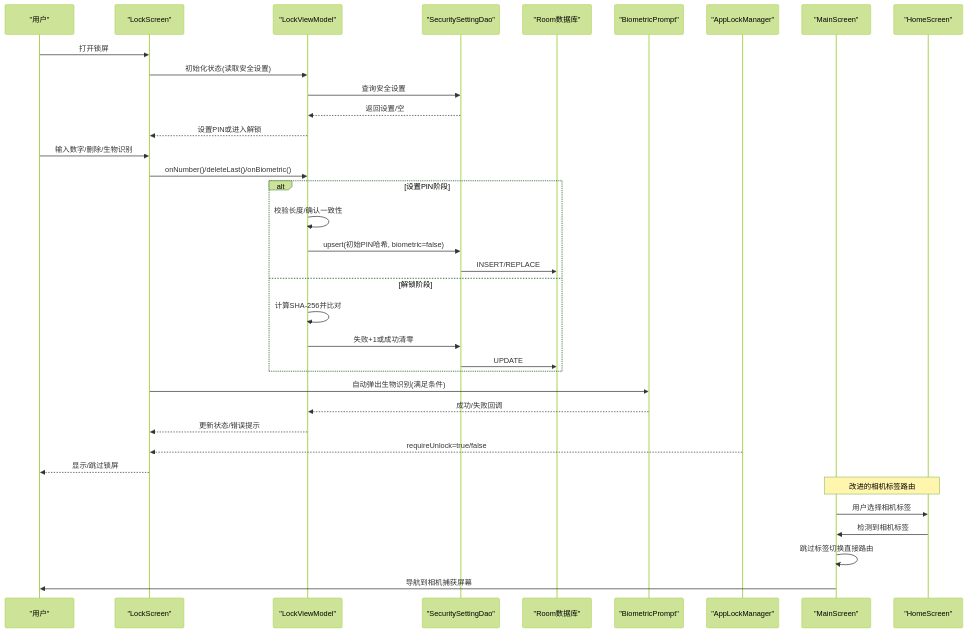
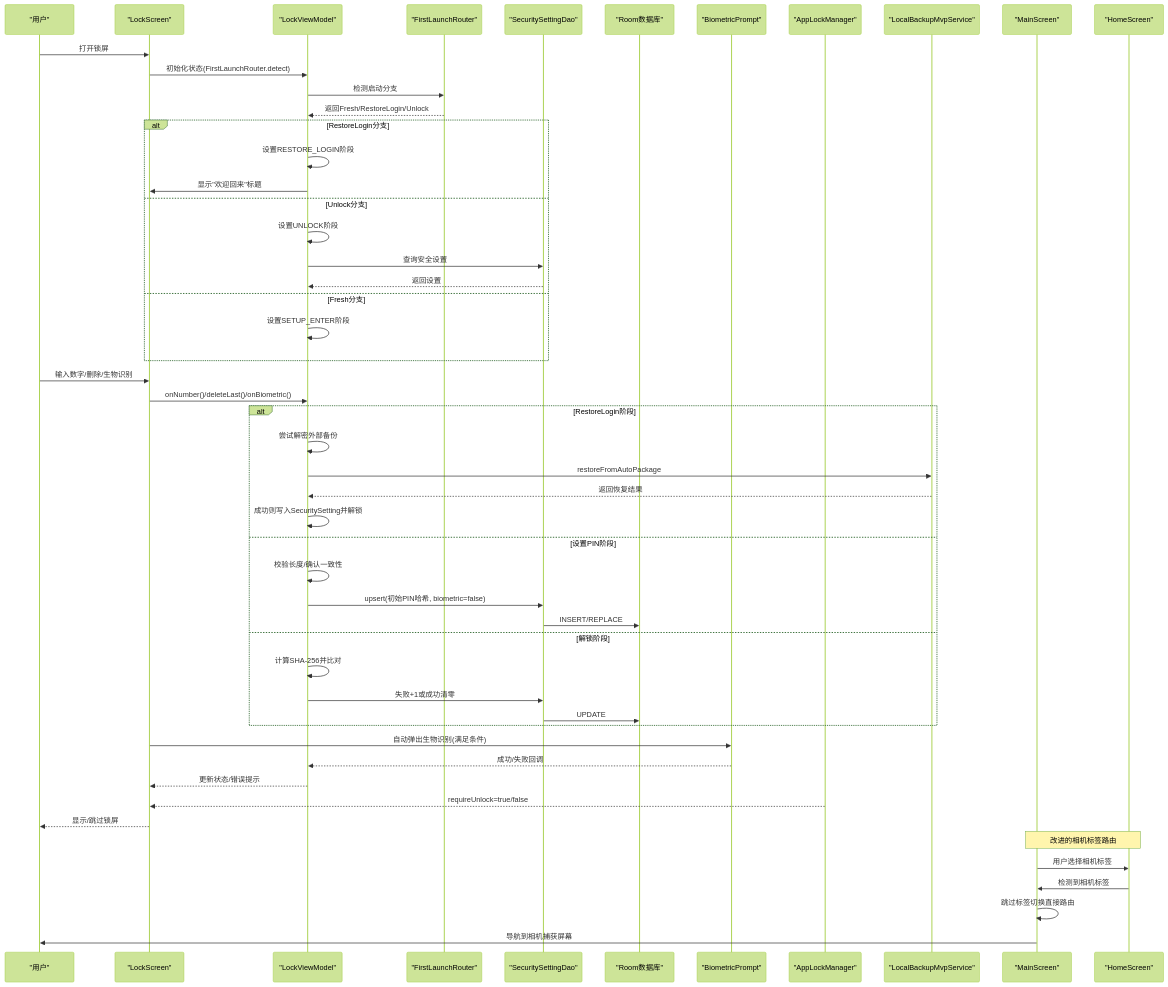
One commit to wanhongbo/ai-photo-vault changed the second of 9 diagrams in .qoder/repowiki/zh/content/核心功能模块/安全解锁系统/安全解锁系统.md. Above: the diagram before and after it, drawn with Mermaid (forest theme). The commit also changed other lines of this file and 22 other files, not shown here.

````diff
--- a/.qoder/repowiki/zh/content/核心功能模块/安全解锁系统/安全解锁系统.md
+++ b/.qoder/repowiki/zh/content/核心功能模块/安全解锁系统/安全解锁系统.md
@@ -138,38 +163,54 @@
 ```mermaid
 sequenceDiagram
 participant U as "用户"
 participant UI as "LockScreen"
 participant VM as "LockViewModel"
+participant FR as "FirstLaunchRouter"
 participant DAO as "SecuritySettingDao"
 participant DB as "Room数据库"
 participant BIOM as "BiometricPrompt"
 participant ALM as "AppLockManager"
+participant LBMS as "LocalBackupMvpService"
 participant MS as "MainScreen"
 participant HS as "HomeScreen"
 U->>UI : 打开锁屏
-UI->>VM : 初始化状态(读取安全设置)
+UI->>VM : 初始化状态(FirstLaunchRouter.detect)
+VM->>FR : 检测启动分支
+FR-->>VM : 返回Fresh/RestoreLogin/Unlock
+alt RestoreLogin分支
+VM->>VM : 设置RESTORE_LOGIN阶段
+VM->>UI : 显示"欢迎回来"标题
+else Unlock分支
+VM->>VM : 设置UNLOCK阶段
 VM->>DAO : 查询安全设置
-DAO-->>VM : 返回设置/空
-VM-->>UI : 设置PIN或进入解锁
+DAO-->>VM : 返回设置
+else Fresh分支
+VM->>VM : 设置SETUP_ENTER阶段
+end
 U->>UI : 输入数字/删除/生物识别
 UI->>VM : onNumber()/deleteLast()/onBiometric()
-alt 设置PIN阶段
+alt RestoreLogin阶段
+VM->>VM : 尝试解密外部备份
+VM->>LBMS : restoreFromAutoPackage
+LBMS-->>VM : 返回恢复结果
+VM->>VM : 成功则写入SecuritySetting并解锁
+else 设置PIN阶段
 VM->>VM : 校验长度/确认一致性
 VM->>DAO : upsert(初始PIN哈希, biometric=false)
 DAO->>DB : INSERT/REPLACE
 else 解锁阶段
 VM->>VM : 计算SHA-256并比对
 VM->>DAO : 失败+1或成功清零
 DAO->>DB : UPDATE
 end
 UI->>BIOM : 自动弹出生物识别(满足条件)
 BIOM-->>VM : 成功/失败回调
 VM-->>UI : 更新状态/错误提示
 ALM-->>UI : requireUnlock=true/false
 UI-->>U : 显示/跳过锁屏
 Note over MS,HS : 改进的相机标签路由
 MS->>HS : 用户选择相机标签
 HS->>MS : 检测到相机标签
 MS->>MS : 跳过标签切换直接路由
 MS->>U : 导航到相机捕获屏幕
 ```
````
